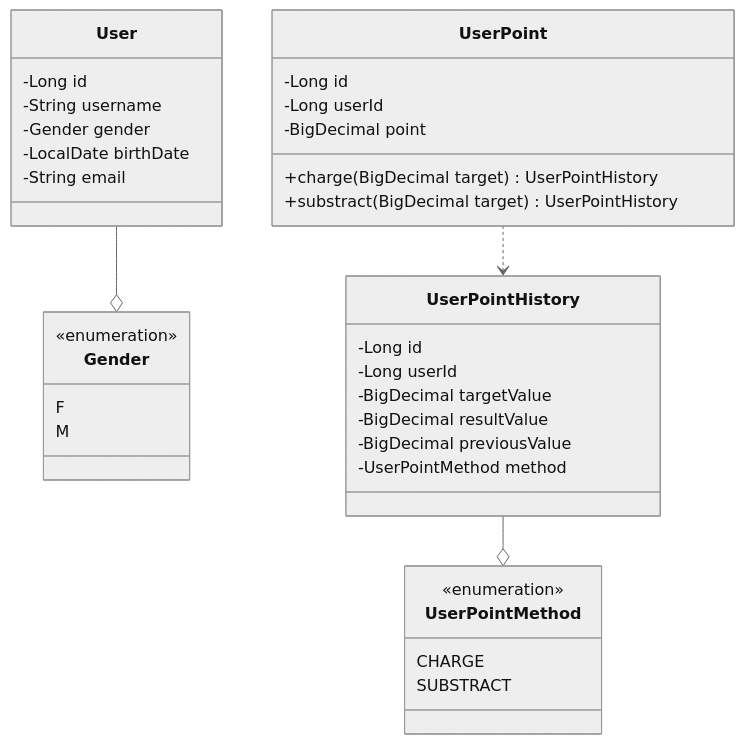
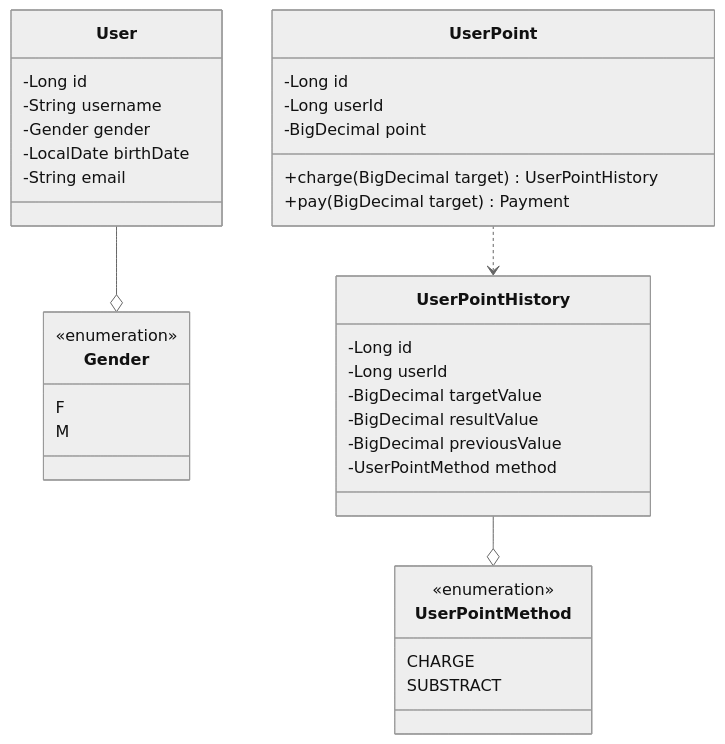
The second of 6 diagrams in docs/03-class-diagrams.md (jsween5723/loopers-spring-kotlin-template), drawn with Mermaid (neutral theme) before and after one commit. The commit also changed other lines of this file, not shown here.

Commit message:
docs(sku): 클래스 다이어그램 정렬

````diff
--- a/docs/03-class-diagrams.md
+++ b/docs/03-class-diagrams.md
@@ -20,40 +20,40 @@
 ```mermaid
 classDiagram
     class User {
         -Long id
         -String username
         -Gender gender
         -LocalDate birthDate
         -String email
     }
     class Gender {
         <<enumeration>>
         F
         M
     }
     class UserPoint {
         -Long id
         -Long userId
         -BigDecimal point
         +charge(BigDecimal target) UserPointHistory
-        +substract(BigDecimal target) UserPointHistory
+        +pay(BigDecimal target) Payment
     }
     UserPoint ..> UserPointHistory
     
     class UserPointHistory {
         -Long id
         -Long userId
         -BigDecimal targetValue
         -BigDecimal resultValue
         -BigDecimal previousValue
         -UserPointMethod method
     }
     UserPointHistory --o UserPointMethod
     
     class UserPointMethod {
         <<enumeration>>
         CHARGE
         SUBSTRACT
     }
     User --o Gender
 ```
````
